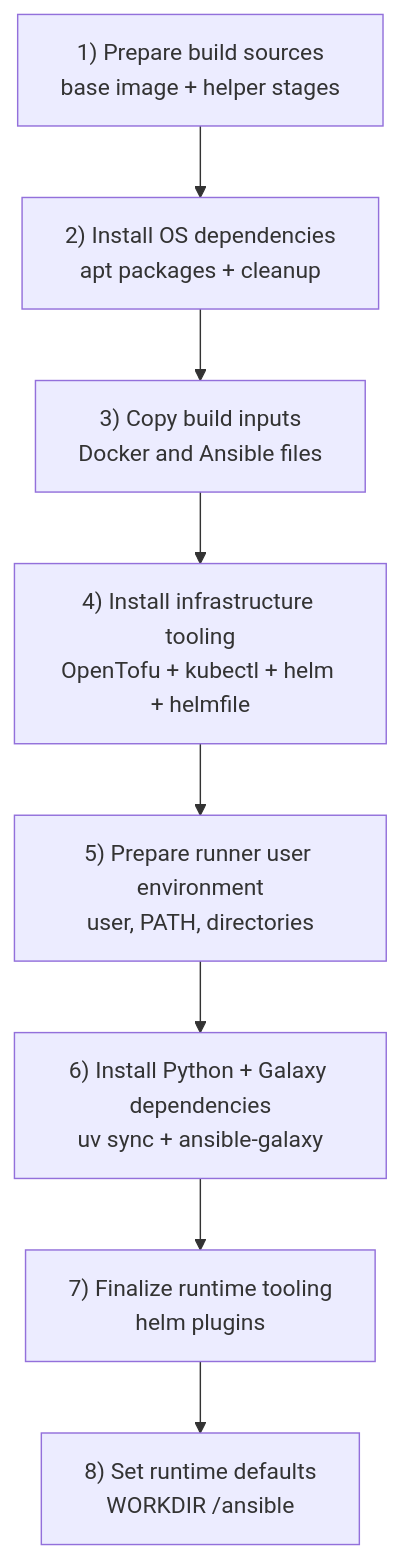
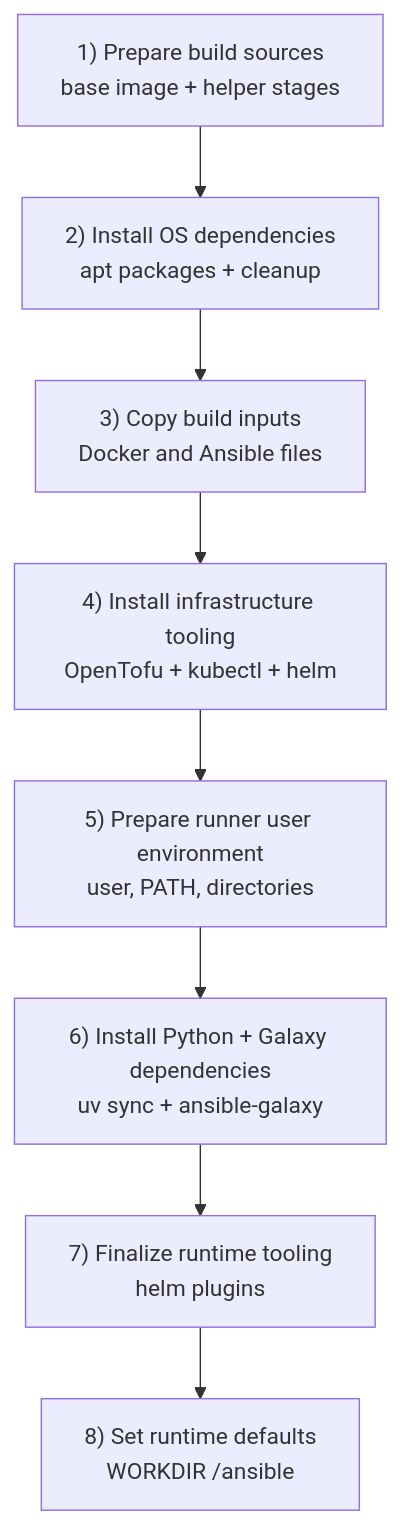
Before and after one commit to ricsanfre/pi-cluster: the first of 2 diagrams in docs/_docs/pimaster.md, drawn with Mermaid. The commit also changed other lines of this file and 2 other files, not shown here.

Commit message:
Remove helmfile dependency

```diff
--- a/docs/_docs/pimaster.md
+++ b/docs/_docs/pimaster.md
@@ -428,13 +427,13 @@
 <pre class="mermaid">
 flowchart TD
     A["1) Prepare build sources<br/>base image + helper stages"]
     B["2) Install OS dependencies<br/>apt packages + cleanup"]
     C["3) Copy build inputs<br/>Docker and Ansible files"]
-    D["4) Install infrastructure tooling<br/>OpenTofu + kubectl + helm + helmfile"]
+    D["4) Install infrastructure tooling<br/>OpenTofu + kubectl + helm"]
     E["5) Prepare runner user environment<br/>user, PATH, directories"]
     F["6) Install Python + Galaxy dependencies<br/>uv sync + ansible-galaxy"]
     G["7) Finalize runtime tooling<br/>helm plugins"]
     H["8) Set runtime defaults<br/>WORKDIR /ansible"]
 
     A --> B --> C --> D --> E --> F --> G --> H
 </pre>
```
